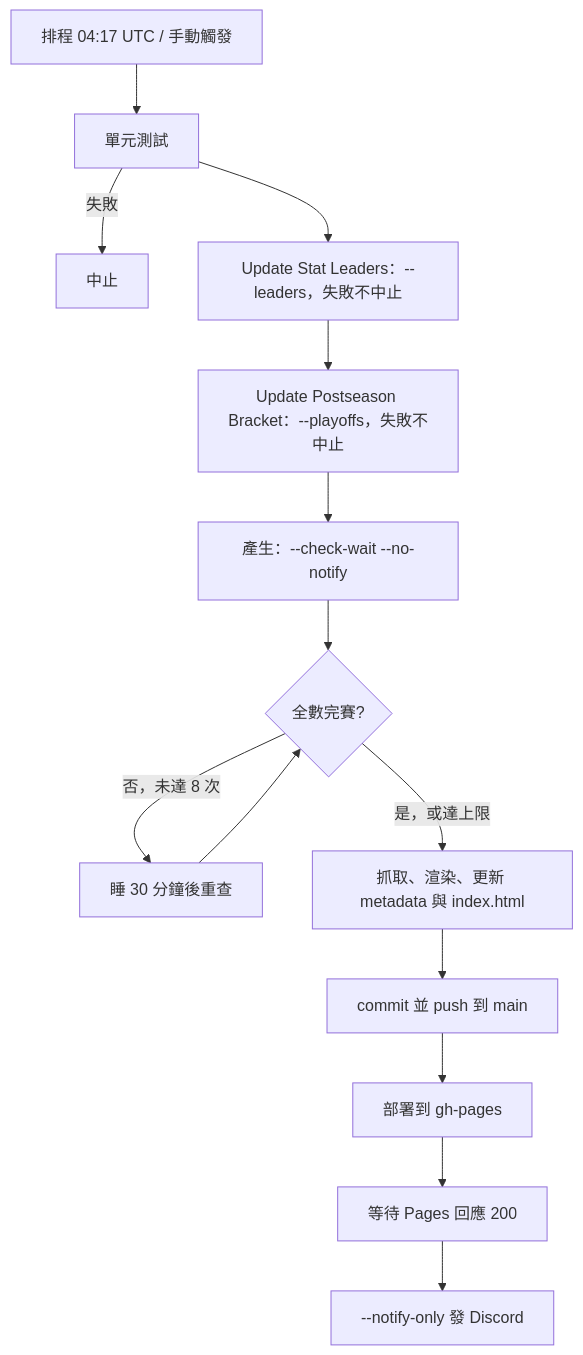
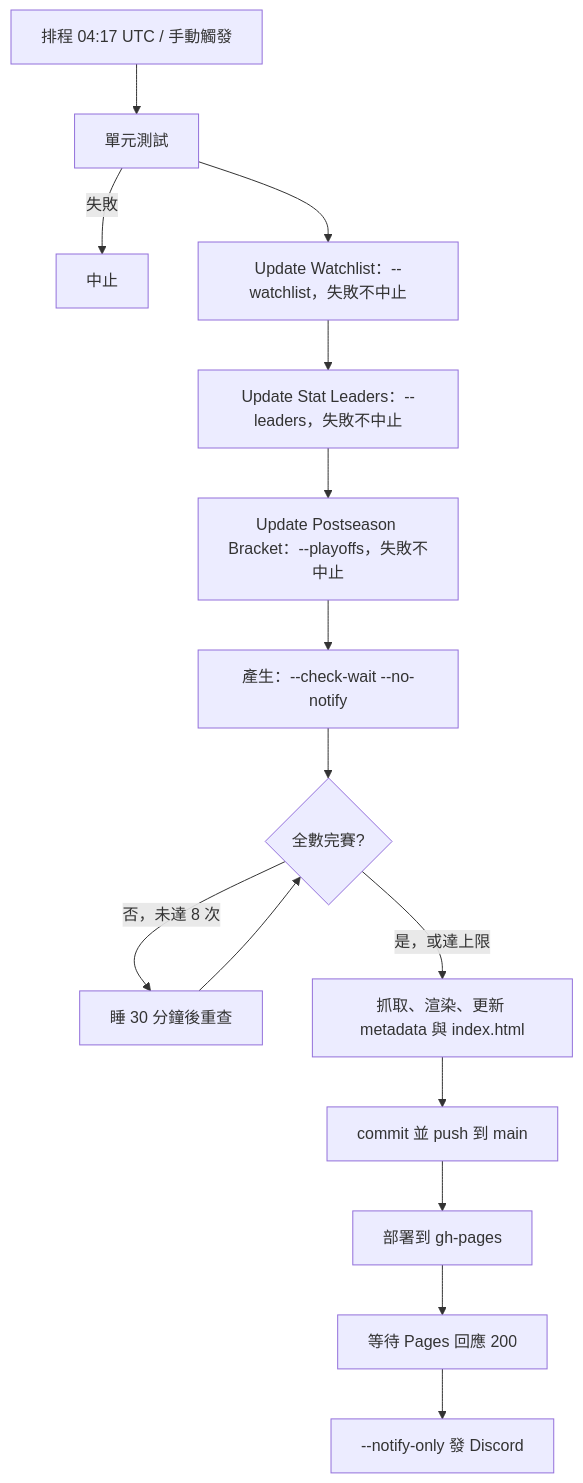
The diagram in docs/architecture.md (haolun588/MLB-daily), drawn with Mermaid before and after one commit. The commit also changed other lines of this file and 7 other files, not shown here.

````diff
--- a/docs/architecture.md
+++ b/docs/architecture.md
@@ -47,16 +47,17 @@
 ```mermaid
 graph TD
     A[排程 04:17 UTC / 手動觸發] --> T[單元測試]
     T -->|失敗| X[中止]
-    T --> L[Update Stat Leaders：--leaders，失敗不中止]
+    T --> W[Update Watchlist：--watchlist，失敗不中止]
+    W --> L[Update Stat Leaders：--leaders，失敗不中止]
     L --> P[Update Postseason Bracket：--playoffs，失敗不中止]
     P --> B[產生：--check-wait --no-notify]
     B --> C{全數完賽?}
     C -->|否，未達 8 次| D[睡 30 分鐘後重查]
     D --> C
     C -->|是，或達上限| E[抓取、渲染、更新 metadata 與 index.html]
     E --> F[commit 並 push 到 main]
     F --> G[部署到 gh-pages]
     G --> H[等待 Pages 回應 200]
     H --> I[--notify-only 發 Discord]
 ```
````
